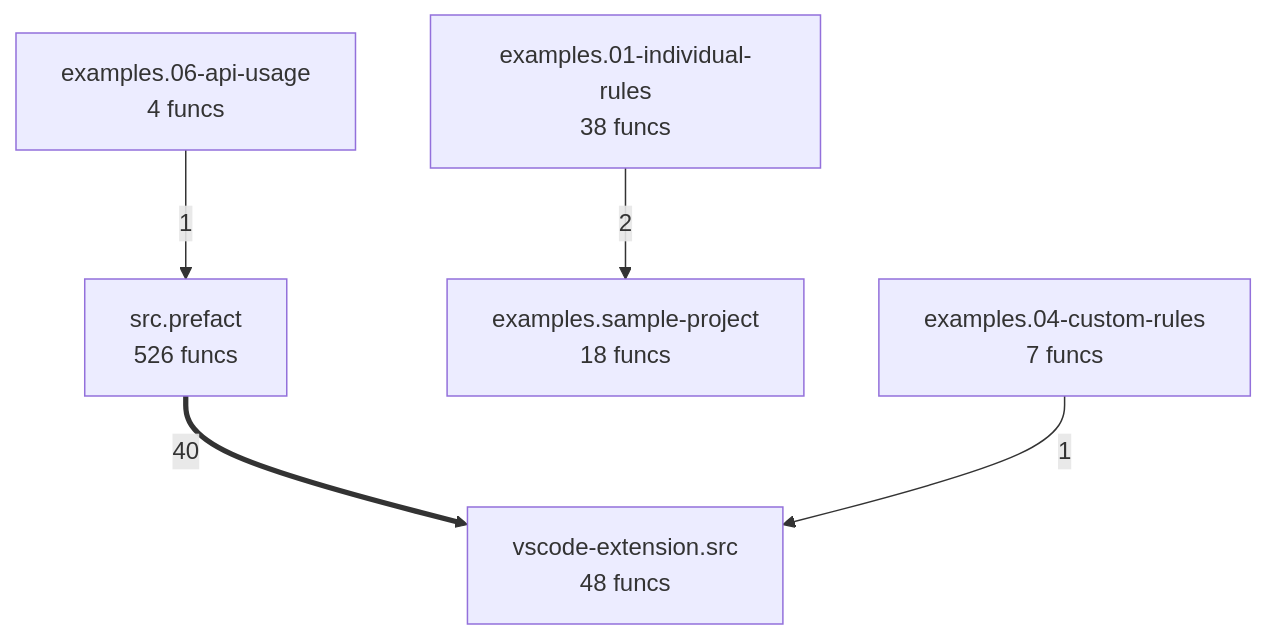
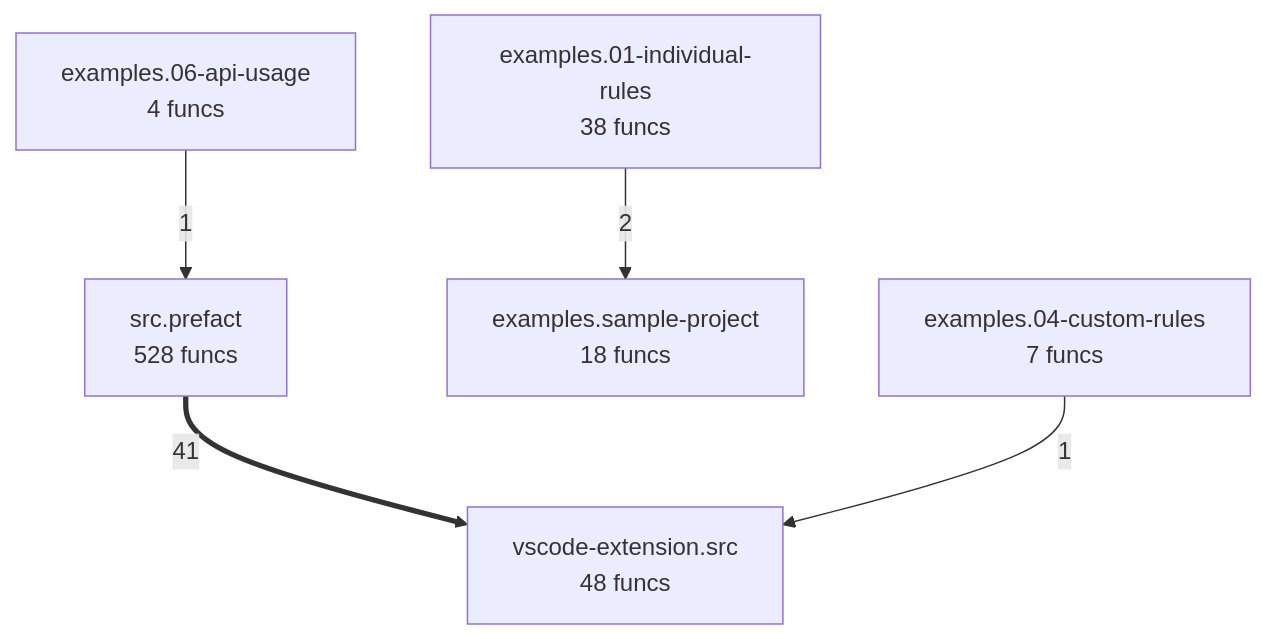
The diagram in project/compact_flow.mmd (semcod/refactoring), drawn with Mermaid before and after one commit. The commit also changed 21 other files, not shown here.

```diff
--- a/project/compact_flow.mmd
+++ b/project/compact_flow.mmd
@@ -1,11 +1,11 @@
 flowchart TD
     examples__01_individual_rules["examples.01-individual-rules<br/>38 funcs"]
     examples__04_custom_rules["examples.04-custom-rules<br/>7 funcs"]
     examples__06_api_usage["examples.06-api-usage<br/>4 funcs"]
     examples__sample_project["examples.sample-project<br/>18 funcs"]
-    src__prefact["src.prefact<br/>526 funcs"]
+    src__prefact["src.prefact<br/>528 funcs"]
     vscode_extension__src["vscode-extension.src<br/>48 funcs"]
-    src__prefact ==>|40| vscode_extension__src
+    src__prefact ==>|41| vscode_extension__src
     examples__01_individual_rules -->|2| examples__sample_project
     examples__06_api_usage -->|1| src__prefact
     examples__04_custom_rules -->|1| vscode_extension__src
```
